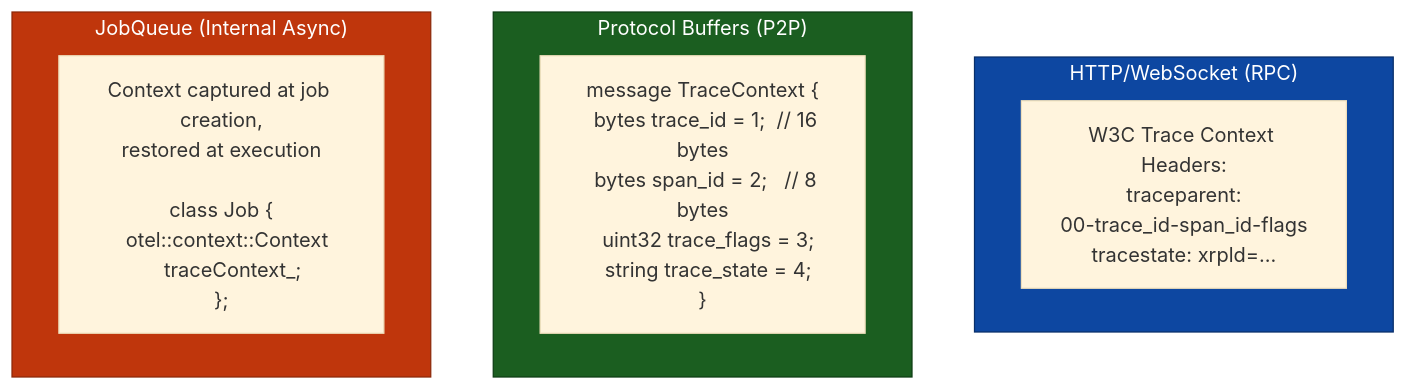
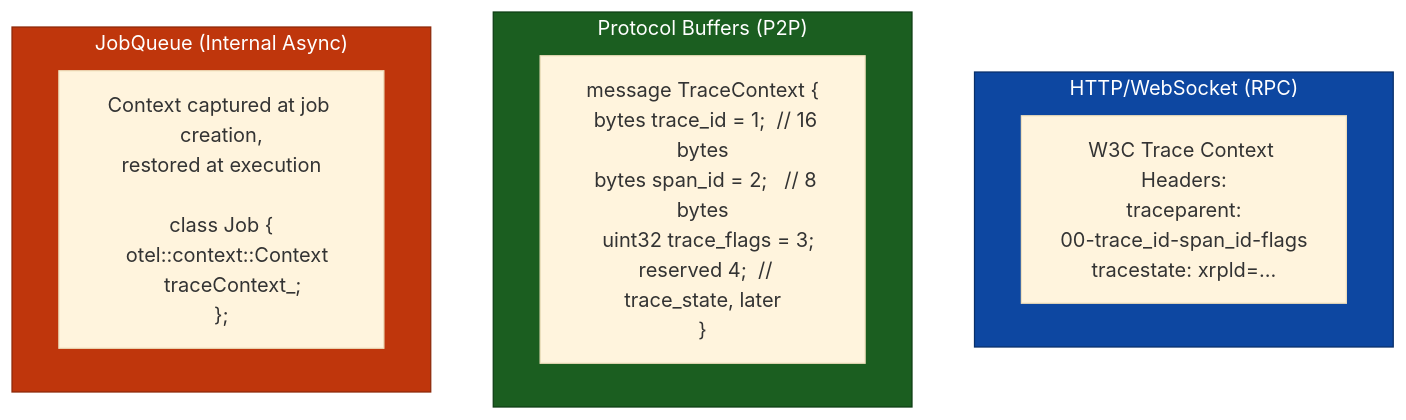
Before and after one commit to XRPLF/rippled: the second of 3 diagrams in OpenTelemetryPlan/02-design-decisions.md, drawn with Mermaid (base theme). The commit also changed 1 other file, not shown here.

Commit message:
docs(telemetry): Match the plan docs to the sampler and TraceContext
TraceContext field 4 is now reserved rather than a trace_state field,
and a span with a remote parent is decided by the trace-id ratio
sampler rather than by the peer's sampled flag. Update the design
diagram and the sampling note to say so.

````diff
--- a/OpenTelemetryPlan/02-design-decisions.md
+++ b/OpenTelemetryPlan/02-design-decisions.md
@@ -423,18 +423,18 @@
 ```mermaid
 flowchart TB
     subgraph http["HTTP/WebSocket (RPC)"]
         w3c["W3C Trace Context Headers:<br/>traceparent:<br/>00-trace_id-span_id-flags<br/>tracestate: xrpld=..."]
     end
 
     subgraph protobuf["Protocol Buffers (P2P)"]
-        proto["message TraceContext {<br/>  bytes trace_id = 1;  // 16 bytes<br/>  bytes span_id = 2;   // 8 bytes<br/>  uint32 trace_flags = 3;<br/>  string trace_state = 4;<br/>}"]
+        proto["message TraceContext {<br/>  bytes trace_id = 1;  // 16 bytes<br/>  bytes span_id = 2;   // 8 bytes<br/>  uint32 trace_flags = 3;<br/>  reserved 4;  // trace_state, later<br/>}"]
     end
 
     subgraph jobqueue["JobQueue (Internal Async)"]
         job["Context captured at job creation,<br/>restored at execution<br/><br/>class Job {<br/>  otel::context::Context<br/>    traceContext_;<br/>};"]
     end
 
     style http fill:#0d47a1,stroke:#082f6a,color:#ffffff
     style protobuf fill:#1b5e20,stroke:#0d3d14,color:#ffffff
     style jobqueue fill:#bf360c,stroke:#8c2809,color:#ffffff
 ```
````
